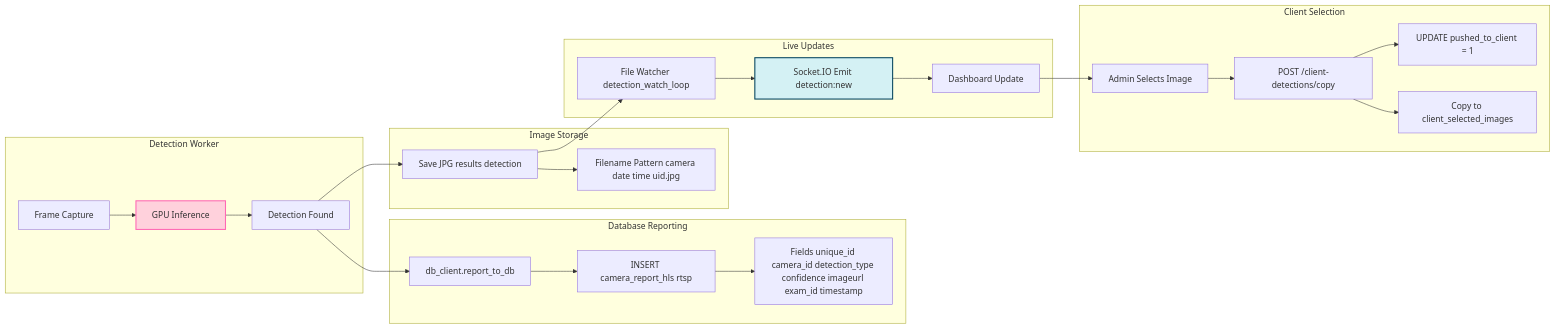
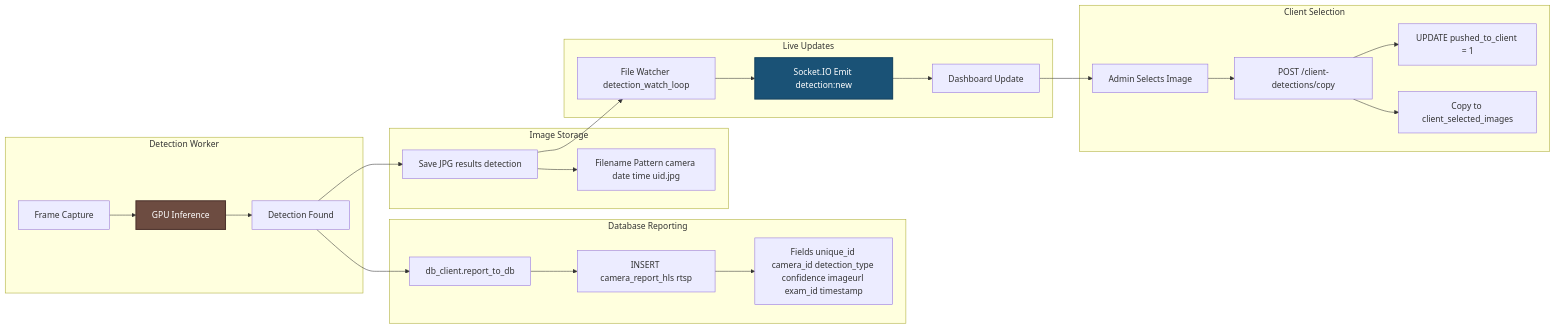
The sixth of 9 diagrams in complete_workflow_documentation.md (aman-tiwari18/cctv), drawn with Mermaid before and after one commit. The commit also changed other lines of this file, not shown here.

````diff
--- a/complete_workflow_documentation.md
+++ b/complete_workflow_documentation.md
@@ -363,34 +363,34 @@
 ```mermaid
 graph LR
     subgraph Worker["Detection Worker"]
         FRAME[Frame Capture] --> INFER[GPU Inference]
         INFER --> DETECT[Detection Found]
     end
     
     subgraph Storage["Image Storage"]
         DETECT --> SAVE[Save JPG results detection]
         SAVE --> NAME[Filename Pattern camera date time uid.jpg]
     end
     
     subgraph Database["Database Reporting"]
         DETECT --> REPORT[db_client.report_to_db]
         REPORT --> INSERT[INSERT camera_report_hls rtsp]
         INSERT --> FIELDS[Fields unique_id camera_id detection_type confidence imageurl exam_id timestamp]
     end
     
     subgraph Live["Live Updates"]
         SAVE --> WATCH[File Watcher detection_watch_loop]
         WATCH --> EMIT[Socket.IO Emit detection:new]
         EMIT --> UI[Dashboard Update]
     end
     
     subgraph Client["Client Selection"]
         UI --> SELECT[Admin Selects Image]
         SELECT --> COPY[POST /client-detections/copy]
         COPY --> FLAG[UPDATE pushed_to_client = 1]
         COPY --> MOVE[Copy to client_selected_images]
     end
-    
-    style INFER fill:#ffd1dc,stroke:#ff69b4,stroke-width:2px
-    style EMIT fill:#d4f1f4,stroke:#05445e,stroke-width:2px
+
+    style INFER fill:#6d4c41,color:#ffffff,stroke:#4e342e,stroke-width:2px
+    style EMIT fill:#1a5276,color:#ffffff,stroke:#154360,stroke-width:2px
 ```
````
